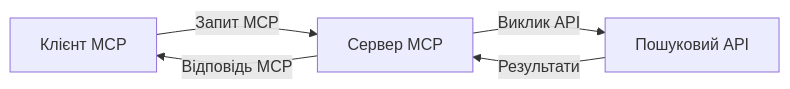
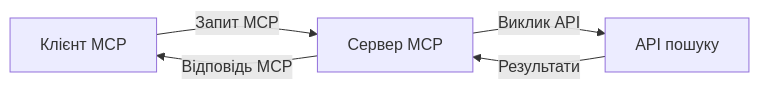
Before and after one commit to microsoft/mcp-for-beginners: the second of 4 diagrams in translations/uk/05-AdvancedTopics/mcp-realtimesearch/README.md, drawn with Mermaid. The commit also changed other lines of this file and 132 other files, not shown here.

````diff
--- a/translations/uk/05-AdvancedTopics/mcp-realtimesearch/README.md
+++ b/translations/uk/05-AdvancedTopics/mcp-realtimesearch/README.md
@@ -598,7 +600,7 @@
 ```mermaid
 graph LR
     Client[Клієнт MCP] --> |Запит MCP| Server[Сервер MCP]
-    Server --> |Виклик API| SearchAPI[Пошуковий API]
+    Server --> |Виклик API| SearchAPI[API пошуку]
     SearchAPI --> |Результати| Server
     Server --> |Відповідь MCP| Client
 ```
````
